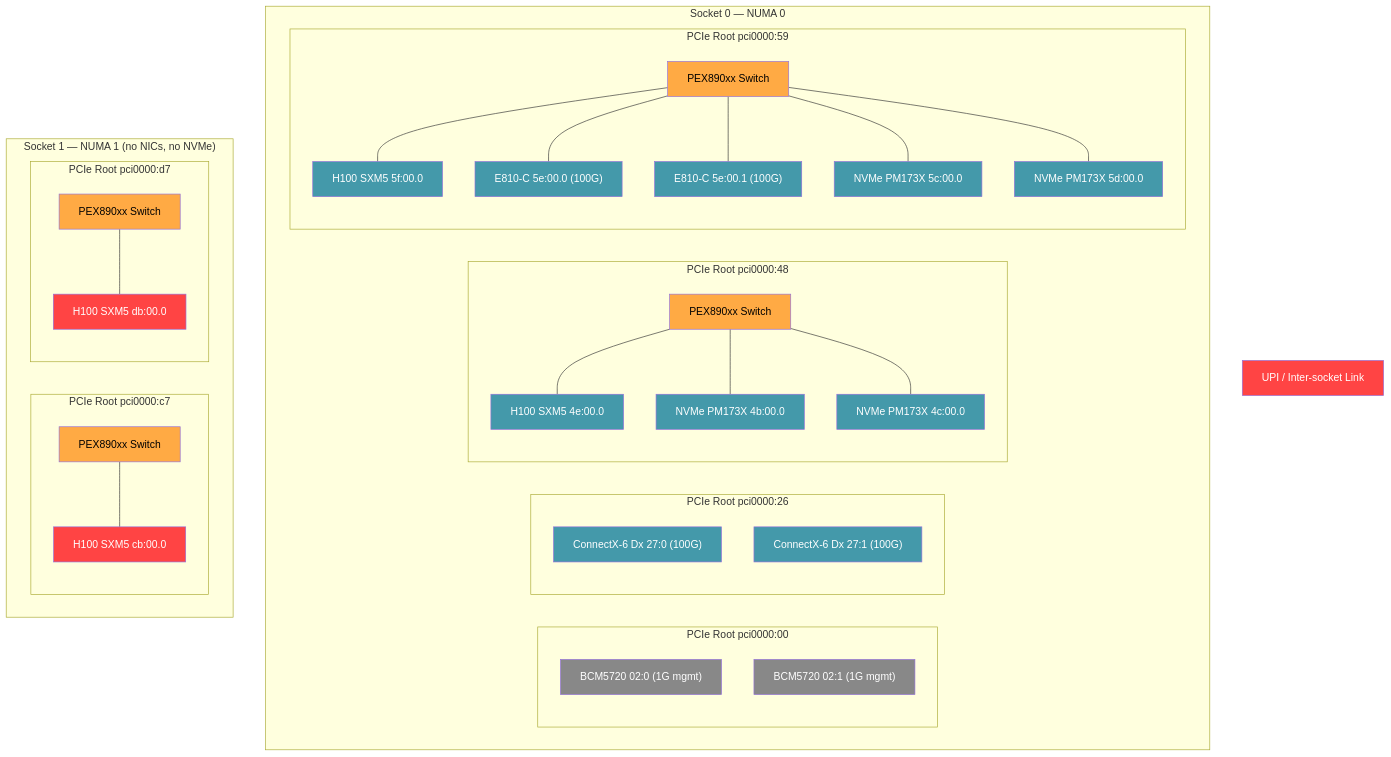
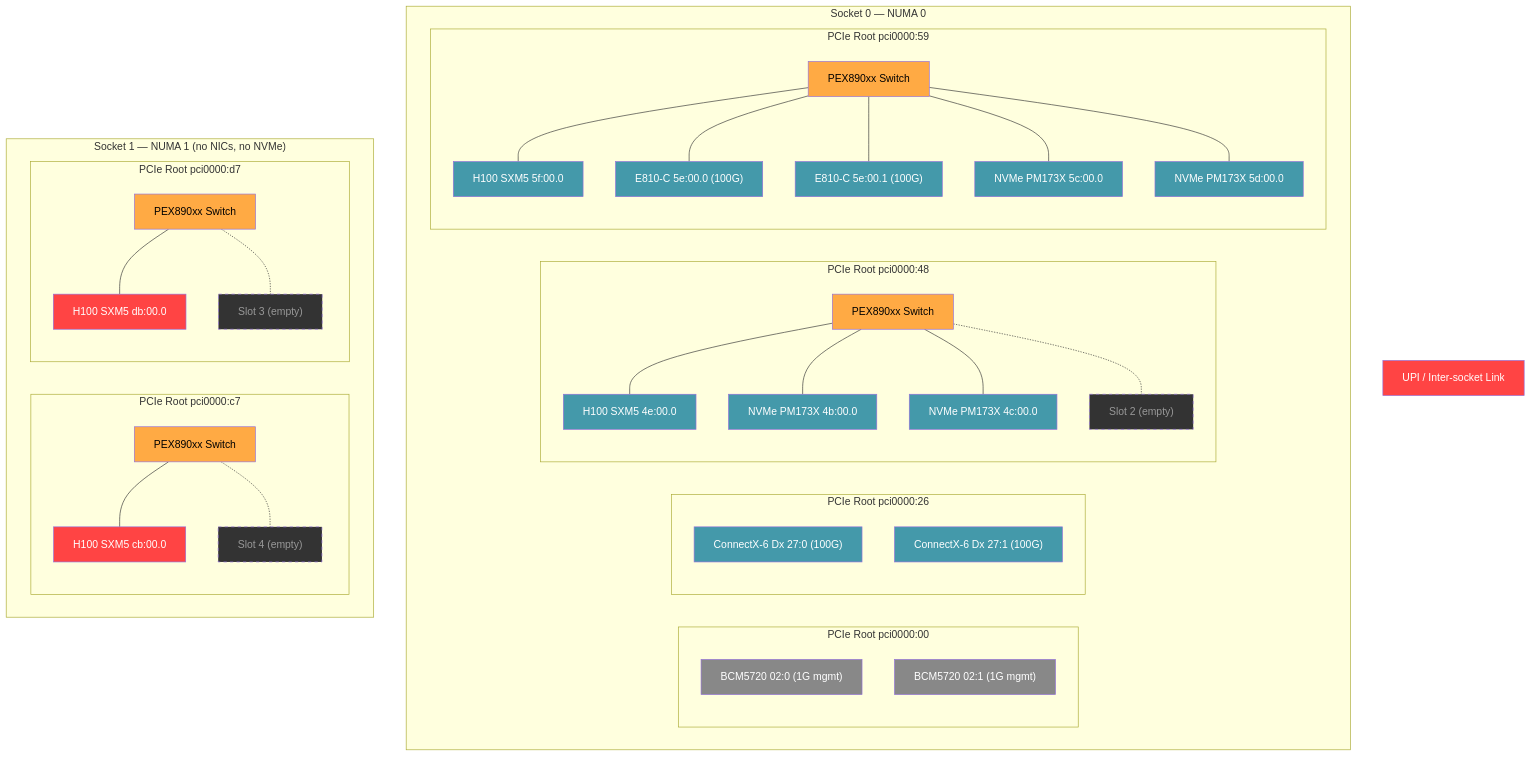
The first of 2 diagrams in docs/diagrams/topology-xe8640.md (johnahull/dra-topology-aware-co-placement), drawn with Mermaid before and after one commit. The commit also changed other lines of this file and 1 other file, not shown here.

Commit message:
Show empty PCIe slots in topology diagrams
XE8640: 3 empty slots on PEX890xx switches (Slot 2 on SW0, Slots 3/4
on SW2/SW3). R760xa: 5/5 populated, no empty slots.

````diff
--- a/docs/diagrams/topology-xe8640.md
+++ b/docs/diagrams/topology-xe8640.md
@@ -11,70 +11,79 @@
 ```mermaid
 graph TD
     subgraph "Socket 0 — NUMA 0"
         subgraph "PCIe Root pci0000:00"
             BCM0["BCM5720 02:0 (1G mgmt)"]
             BCM1["BCM5720 02:1 (1G mgmt)"]
         end
         subgraph "PCIe Root pci0000:26"
             CX6["ConnectX-6 Dx 27:0 (100G)"]
             CX6_1["ConnectX-6 Dx 27:1 (100G)"]
         end
         subgraph "PCIe Root pci0000:48"
             SW0["PEX890xx Switch"]
             GPU0["H100 SXM5 4e:00.0"]
             NVMe0["NVMe PM173X 4b:00.0"]
             NVMe1["NVMe PM173X 4c:00.0"]
+            EMPTY0["Slot 2 (empty)"]
             SW0 --- GPU0
             SW0 --- NVMe0
             SW0 --- NVMe1
+            SW0 -.- EMPTY0
         end
         subgraph "PCIe Root pci0000:59"
             SW1["PEX890xx Switch"]
             GPU1["H100 SXM5 5f:00.0"]
             E810_0["E810-C 5e:00.0 (100G)"]
             E810_1["E810-C 5e:00.1 (100G)"]
             NVMe2["NVMe PM173X 5c:00.0"]
             NVMe3["NVMe PM173X 5d:00.0"]
             SW1 --- GPU1
             SW1 --- E810_0
             SW1 --- E810_1
             SW1 --- NVMe2
             SW1 --- NVMe3
         end
     end
 
     subgraph "Socket 1 — NUMA 1 (no NICs, no NVMe)"
         subgraph "PCIe Root pci0000:c7"
             SW2["PEX890xx Switch"]
             GPU2["H100 SXM5 cb:00.0"]
+            EMPTY2["Slot 4 (empty)"]
             SW2 --- GPU2
+            SW2 -.- EMPTY2
         end
         subgraph "PCIe Root pci0000:d7"
             SW3["PEX890xx Switch"]
             GPU3["H100 SXM5 db:00.0"]
+            EMPTY3["Slot 3 (empty)"]
             SW3 --- GPU3
+            SW3 -.- EMPTY3
         end
     end
 
     UPI["UPI / Inter-socket Link"]
 
     style GPU0 fill:#49a,color:#fff
     style GPU1 fill:#49a,color:#fff
     style GPU2 fill:#f44,color:#fff
     style GPU3 fill:#f44,color:#fff
     style CX6 fill:#49a,color:#fff
     style CX6_1 fill:#49a,color:#fff
     style E810_0 fill:#49a,color:#fff
     style E810_1 fill:#49a,color:#fff
     style NVMe0 fill:#49a,color:#fff
     style NVMe1 fill:#49a,color:#fff
     style NVMe2 fill:#49a,color:#fff
     style NVMe3 fill:#49a,color:#fff
     style BCM0 fill:#888,color:#fff
     style BCM1 fill:#888,color:#fff
     style SW0 fill:#fa4,color:#000
     style SW1 fill:#fa4,color:#000
     style SW2 fill:#fa4,color:#000
     style SW3 fill:#fa4,color:#000
+    style EMPTY0 fill:#333,color:#999,stroke-dasharray: 5
+    style EMPTY2 fill:#333,color:#999,stroke-dasharray: 5
+    style EMPTY3 fill:#333,color:#999,stroke-dasharray: 5
     style UPI fill:#f44,color:#fff
 ```
````
